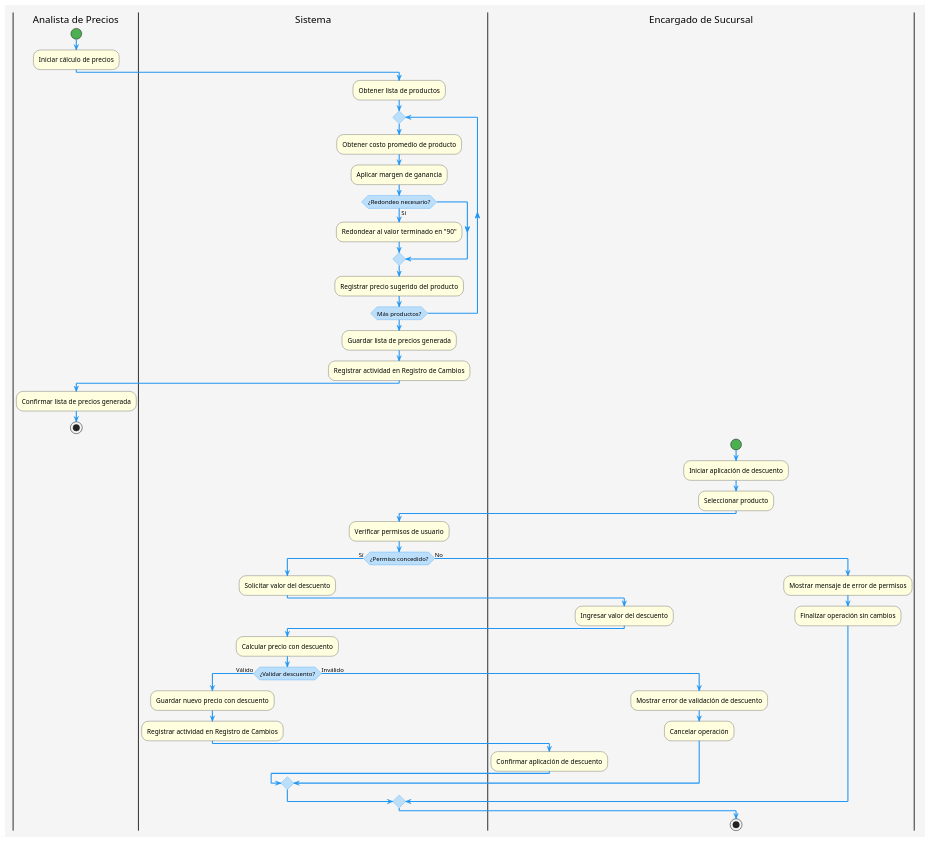
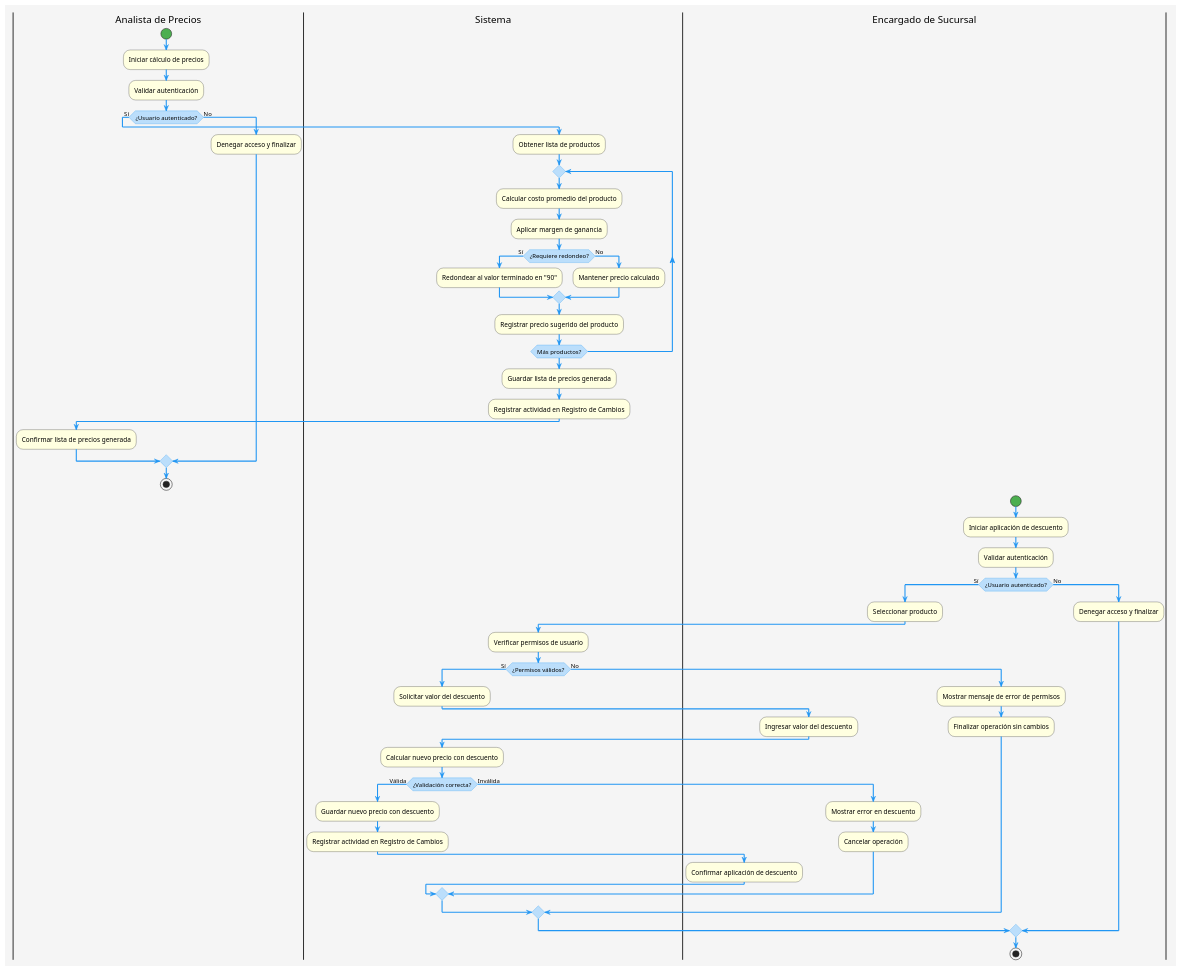
The diagram in activitydiagram.plantuml (stevedch/aptc105), drawn with PlantUML before and after one commit. The commit also changed 4 other files, not shown here.

First line of the commit message:
docs(diagrams): update and enhance system diagrams with validation and modularity

```diff
--- a/activitydiagram.plantuml
+++ b/activitydiagram.plantuml
@@ -1,72 +1,84 @@
 @startuml
 skinparam backgroundColor #F5F5F5
 skinparam activity {
     BackgroundColor LightYellow
     StartColor #4CAF50
     EndColor #FF5722
     DiamondBackgroundColor #BBDEFB
     DiamondBorderColor #2196F3
     ArrowColor #2196F3
     ArrowThickness 2
 }
 
 |Analista de Precios|
 start
 :Iniciar cálculo de precios;
+:Validar autenticación;
 
-|Sistema|
-:Obtener lista de productos;
+if (¿Usuario autenticado?) then (Sí)
+    |Sistema|
+    :Obtener lista de productos;
+    
+    repeat
+      :Calcular costo promedio del producto;
+      :Aplicar margen de ganancia;
 
-repeat
-  :Obtener costo promedio de producto;
-  :Aplicar margen de ganancia;
+      if (¿Requiere redondeo?) then (Sí)
+        :Redondear al valor terminado en "90";
+      else (No)
+        :Mantener precio calculado;
+      endif
 
-  if (¿Redondeo necesario?) then (Sí)
-    :Redondear al valor terminado en "90";
-  endif
+      :Registrar precio sugerido del producto;
+    repeat while (Más productos?)
 
-  :Registrar precio sugerido del producto;
-repeat while (Más productos?)
+    :Guardar lista de precios generada;
+    :Registrar actividad en Registro de Cambios;
 
-:Guardar lista de precios generada;
-:Registrar actividad en Registro de Cambios;
-
-|Analista de Precios|
-:Confirmar lista de precios generada;
-
+    |Analista de Precios|
+    :Confirmar lista de precios generada;
+else (No)
+    :Denegar acceso y finalizar;
+endif
 stop
 
 |Encargado de Sucursal|
 start
 :Iniciar aplicación de descuento;
-:Seleccionar producto;
+:Validar autenticación;
 
-|Sistema|
-:Verificar permisos de usuario;
+if (¿Usuario autenticado?) then (Sí)
+    :Seleccionar producto;
 
-if (¿Permiso concedido?) then (Sí)
-    :Solicitar valor del descuento;
-    |Encargado de Sucursal|
-    :Ingresar valor del descuento;
-    
     |Sistema|
-    :Calcular precio con descuento;
-    
-    if (¿Validar descuento?) then (Válido)
-        :Guardar nuevo precio con descuento;
-        :Registrar actividad en Registro de Cambios;
+    :Verificar permisos de usuario;
+
+    if (¿Permisos válidos?) then (Sí)
+        :Solicitar valor del descuento;
         |Encargado de Sucursal|
-        :Confirmar aplicación de descuento;
-    else (Inválido)
-        :Mostrar error de validación de descuento;
+        :Ingresar valor del descuento;
+
+        |Sistema|
+        :Calcular nuevo precio con descuento;
+
+        if (¿Validación correcta?) then (Válida)
+            :Guardar nuevo precio con descuento;
+            :Registrar actividad en Registro de Cambios;
+            |Encargado de Sucursal|
+            :Confirmar aplicación de descuento;
+        else (Inválida)
+            :Mostrar error en descuento;
+            |Encargado de Sucursal|
+            :Cancelar operación;
+        endif
+    else (No)
+        :Mostrar mensaje de error de permisos;
         |Encargado de Sucursal|
-        :Cancelar operación;
+        :Finalizar operación sin cambios;
     endif
 else (No)
-    :Mostrar mensaje de error de permisos;
-    |Encargado de Sucursal|
-    :Finalizar operación sin cambios;
+    :Denegar acceso y finalizar;
 endif
 
 stop
 @enduml
```
